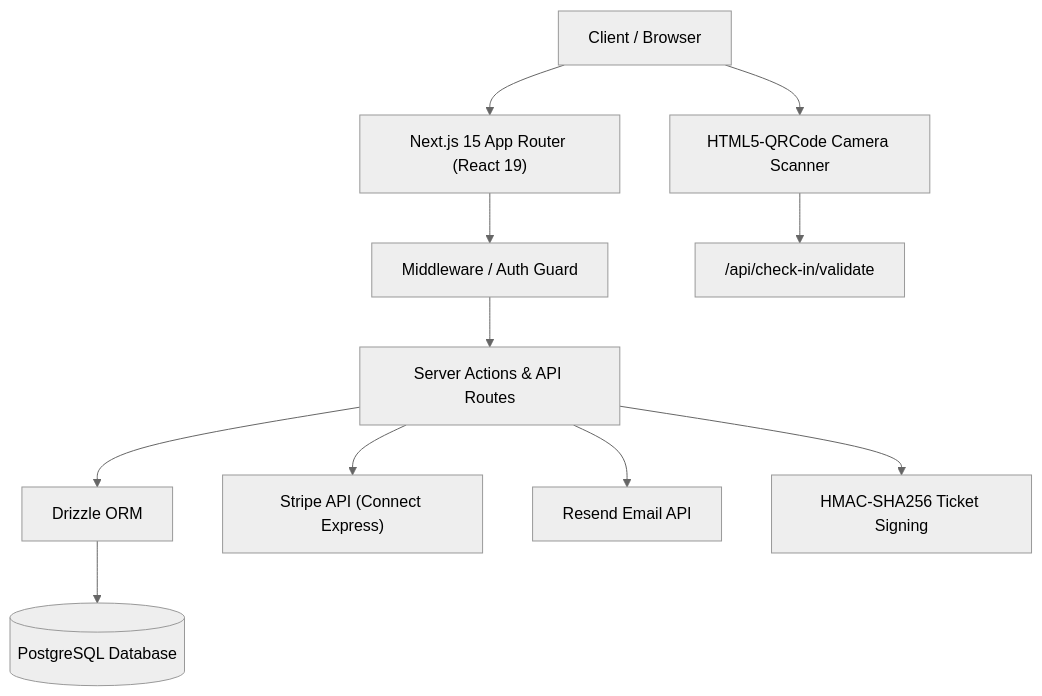
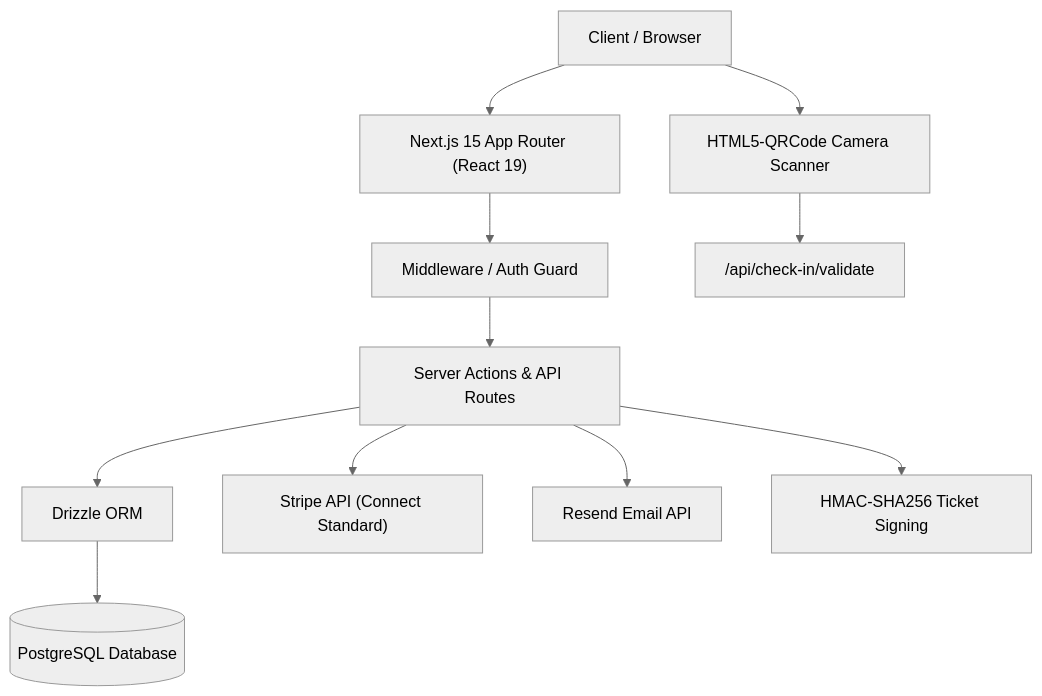
Before and after one commit to Tulleg/GateMate: the first of 2 diagrams in docs/ARCHITECTURE.md, drawn with Mermaid (neutral theme). The commit also changed other lines of this file and 13 other files, not shown here.

Commit message:
feat(stripe): Umstellung von Stripe Connect Express auf Stripe Connect Standard

````diff
--- a/docs/ARCHITECTURE.md
+++ b/docs/ARCHITECTURE.md
@@ -7,13 +7,13 @@
 ```mermaid
 graph TD
     Client["Client / Browser"] --> NextApp["Next.js 15 App Router (React 19)"]
     NextApp --> Middleware["Middleware / Auth Guard"]
     Middleware --> ServerActions["Server Actions & API Routes"]
     ServerActions --> DrizzleORM["Drizzle ORM"]
     DrizzleORM --> PostgresDB[("PostgreSQL Database")]
-    ServerActions --> StripeAPI["Stripe API (Connect Express)"]
+    ServerActions --> StripeAPI["Stripe API (Connect Standard)"]
     ServerActions --> ResendAPI["Resend Email API"]
     ServerActions --> QRSigning["HMAC-SHA256 Ticket Signing"]
     Client --> Scanner["HTML5-QRCode Camera Scanner"]
     Scanner --> VerifyAPI["/api/check-in/validate"]
 ```
````
